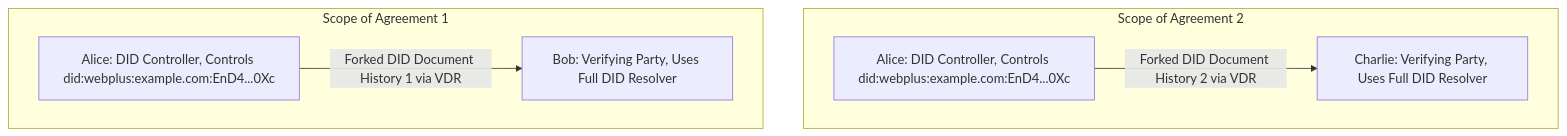
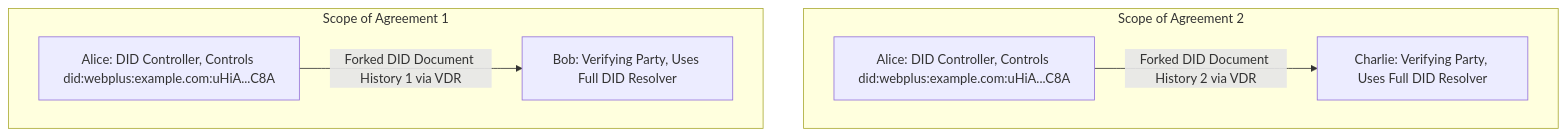
Before and after one commit to LedgerDomain/did-webplus-spec: the seventh of 26 diagrams in spec.md, drawn with Mermaid. The commit also changed other lines of this file and 3 other files, not shown here.

````diff
--- a/spec.md
+++ b/spec.md
@@ -456,11 +411,11 @@
 ```mermaid
 graph TD
     subgraph Scope of Agreement 2
-    Alice2[ Alice: DID Controller, Controls did:webplus:example.com:EnD4...0Xc ] -->|Forked DID Document History 2 via VDR| Charlie
+    Alice2[ Alice: DID Controller, Controls did:webplus:example.com:uHiA...C8A ] -->|Forked DID Document History 2 via VDR| Charlie
     Charlie[ Charlie: Verifying Party, Uses Full DID Resolver ]
     end
     subgraph Scope of Agreement 1
-    Alice1[ Alice: DID Controller, Controls did:webplus:example.com:EnD4...0Xc ] -->|Forked DID Document History 1 via VDR| Bob
+    Alice1[ Alice: DID Controller, Controls did:webplus:example.com:uHiA...C8A ] -->|Forked DID Document History 1 via VDR| Bob
     Bob[ Bob: Verifying Party, Uses Full DID Resolver ]
     end
 ```
````
